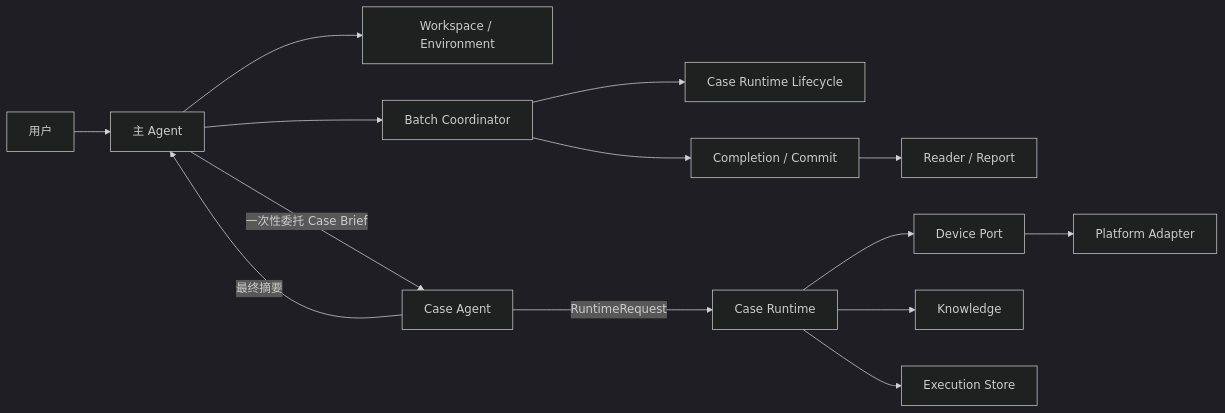
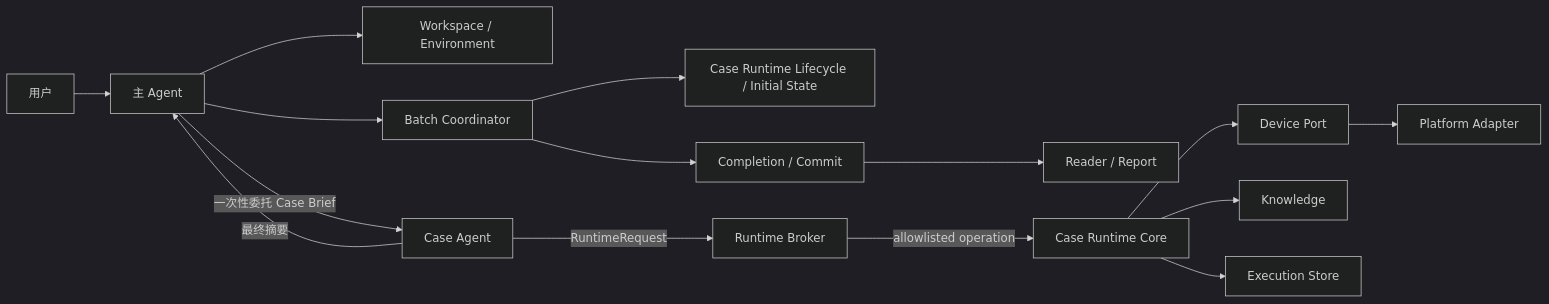
The first of 2 diagrams in skills/mobile-ai-visual-test/docs/architecture.md (lianghuihui-plus/DevKit), drawn with Mermaid (dark theme) before and after one commit. The commit also changed other lines of this file and 83 other files, not shown here.

````diff
--- a/skills/mobile-ai-visual-test/docs/architecture.md
+++ b/skills/mobile-ai-visual-test/docs/architecture.md
@@ -19,16 +19,17 @@
 ```mermaid
 flowchart LR
   U["用户"] --> M["主 Agent"]
   M --> W["Workspace / Environment"]
   M --> B["Batch Coordinator"]
-  B --> L["Case Runtime Lifecycle"]
+  B --> L["Case Runtime Lifecycle / Initial State"]
   M -->|"一次性委托 Case Brief"| A["Case Agent"]
-  A -->|"RuntimeRequest"| R["Case Runtime"]
+  A -->|"RuntimeRequest"| RB["Runtime Broker"]
+  RB -->|"allowlisted operation"| R["Case Runtime Core"]
   R --> D["Device Port"]
   D --> P["Platform Adapter"]
   R --> K["Knowledge"]
   R --> S["Execution Store"]
   A -->|"最终摘要"| M
   B --> C["Completion / Commit"]
   C --> V["Reader / Report"]
 ```
````
